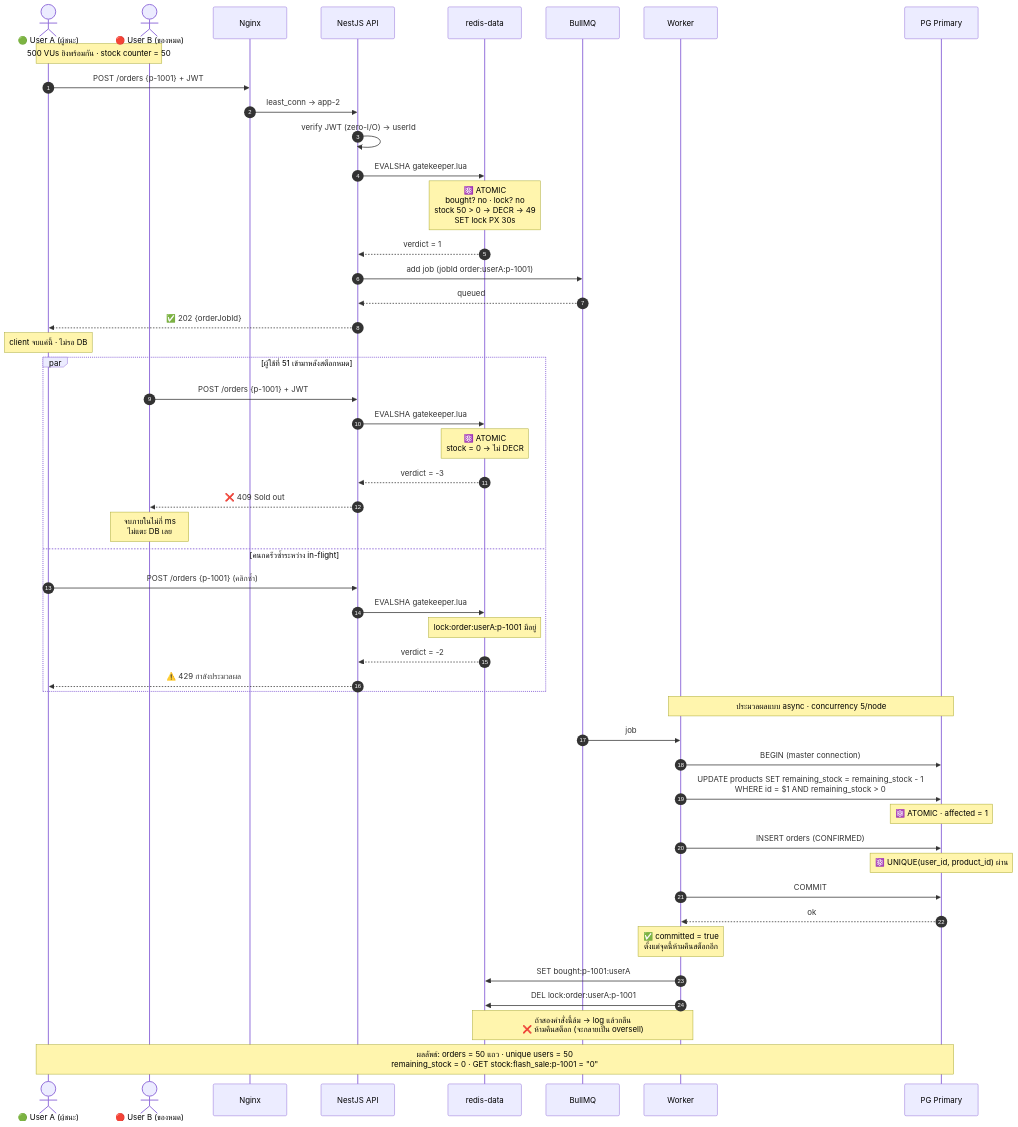
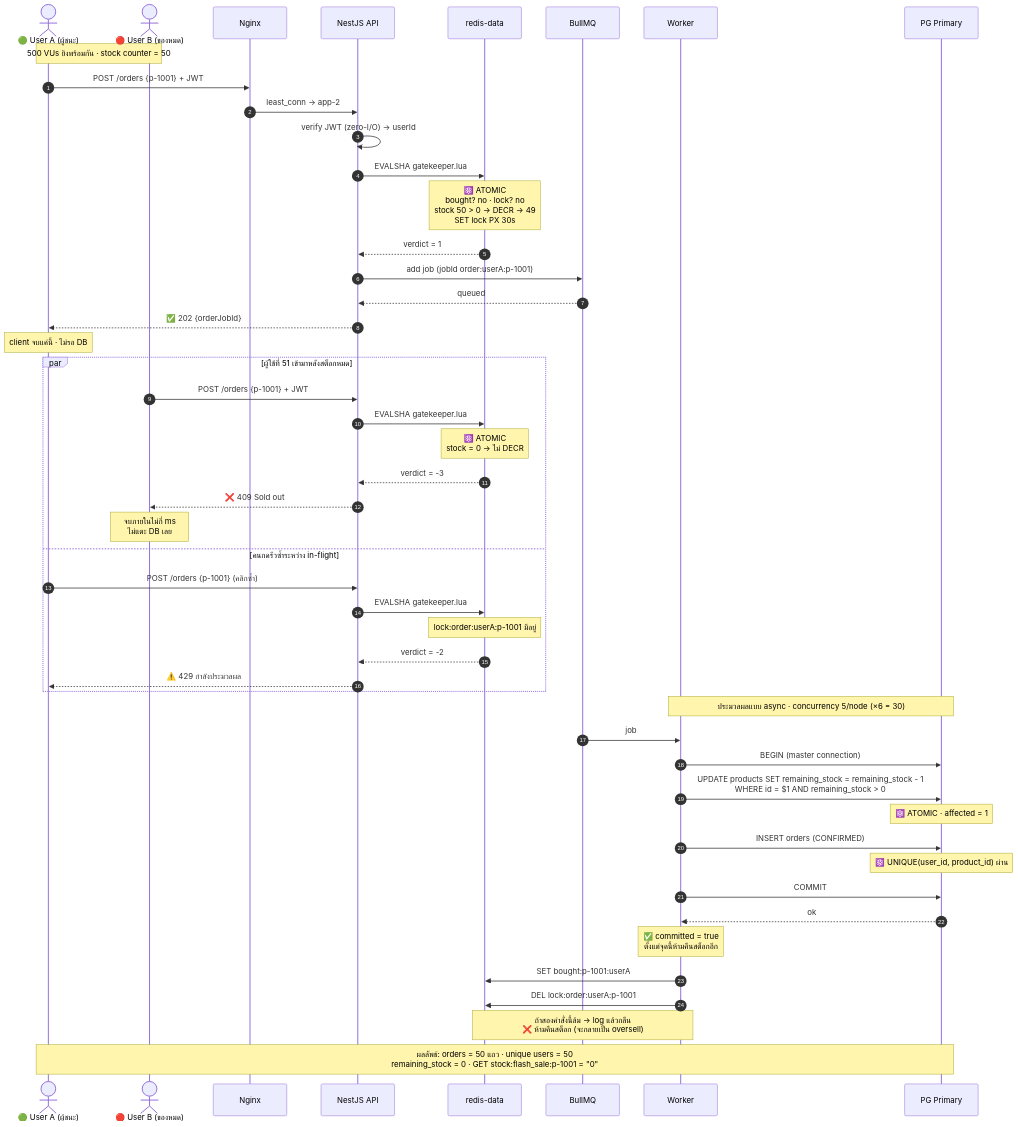
One commit to tophbeifong123/mini-project-backend-mobile changed the sixth of 6 diagrams in docs/Architecture/diagrams.md. Above: the diagram before and after it, drawn with Mermaid. The commit also changed other lines of this file and 11 other files, not shown here.

````diff
--- a/docs/Architecture/diagrams.md
+++ b/docs/Architecture/diagrams.md
@@ -417,60 +417,60 @@
 ```mermaid
 sequenceDiagram
     autonumber
     actor UA as 🟢 User A (ผู้ชนะ)
     actor UB as 🔴 User B (ของหมด)
     participant NG as Nginx
     participant API as NestJS API
     participant RD as redis-data
     participant Q as BullMQ
     participant W as Worker
     participant PG as PG Primary
 
     Note over UA,UB: 500 VUs ยิงพร้อมกัน · stock counter = 50
 
     UA->>NG: POST /orders {p-1001} + JWT
     NG->>API: least_conn → app-2
     API->>API: verify JWT (zero-I/O) → userId
     API->>RD: EVALSHA gatekeeper.lua
     Note over RD: ⚛️ ATOMIC<br/>bought? no · lock? no<br/>stock 50 > 0 → DECR → 49<br/>SET lock PX 30s
     RD-->>API: verdict = 1
     API->>Q: add job (jobId order:userA:p-1001)
     Q-->>API: queued
     API-->>UA: ✅ 202 {orderJobId}
 
     Note over UA: client จบแค่นี้ · ไม่รอ DB
 
     par ผู้ใช้ที่ 51 เข้ามาหลังสต็อกหมด
         UB->>API: POST /orders {p-1001} + JWT
         API->>RD: EVALSHA gatekeeper.lua
         Note over RD: ⚛️ ATOMIC<br/>stock = 0 → ไม่ DECR
         RD-->>API: verdict = -3
         API-->>UB: ❌ 409 Sold out
         Note over UB: จบภายในไม่กี่ ms<br/>ไม่แตะ DB เลย
     and คนกดรัวซ้ำระหว่าง in-flight
         UA->>API: POST /orders {p-1001} (คลิกซ้ำ)
         API->>RD: EVALSHA gatekeeper.lua
         Note over RD: lock:order:userA:p-1001 มีอยู่
         RD-->>API: verdict = -2
         API-->>UA: ⚠️ 429 กำลังประมวลผล
     end
 
-    Note over W,PG: ประมวลผลแบบ async · concurrency 5/node
+    Note over W,PG: ประมวลผลแบบ async · concurrency 5/node (×6 = 30)
 
     Q->>W: job
     W->>PG: BEGIN (master connection)
     W->>PG: UPDATE products SET remaining_stock = remaining_stock - 1<br/>WHERE id = $1 AND remaining_stock > 0
     Note over PG: ⚛️ ATOMIC · affected = 1
     W->>PG: INSERT orders (CONFIRMED)
     Note over PG: ⚛️ UNIQUE(user_id, product_id) ผ่าน
     W->>PG: COMMIT
     PG-->>W: ok
 
     Note over W: ✅ committed = true<br/>ตั้งแต่จุดนี้ห้ามคืนสต็อกอีก
 
     W->>RD: SET bought:p-1001:userA
     W->>RD: DEL lock:order:userA:p-1001
     Note over W,RD: ถ้าสองคำสั่งนี้ล้ม → log แล้วกลืน<br/>❌ ห้ามคืนสต็อก (จะกลายเป็น oversell)
 
     Note over UA,PG: ผลลัพธ์: orders = 50 แถว · unique users = 50<br/>remaining_stock = 0 · GET stock:flash_sale:p-1001 = "0"
 ```
````
